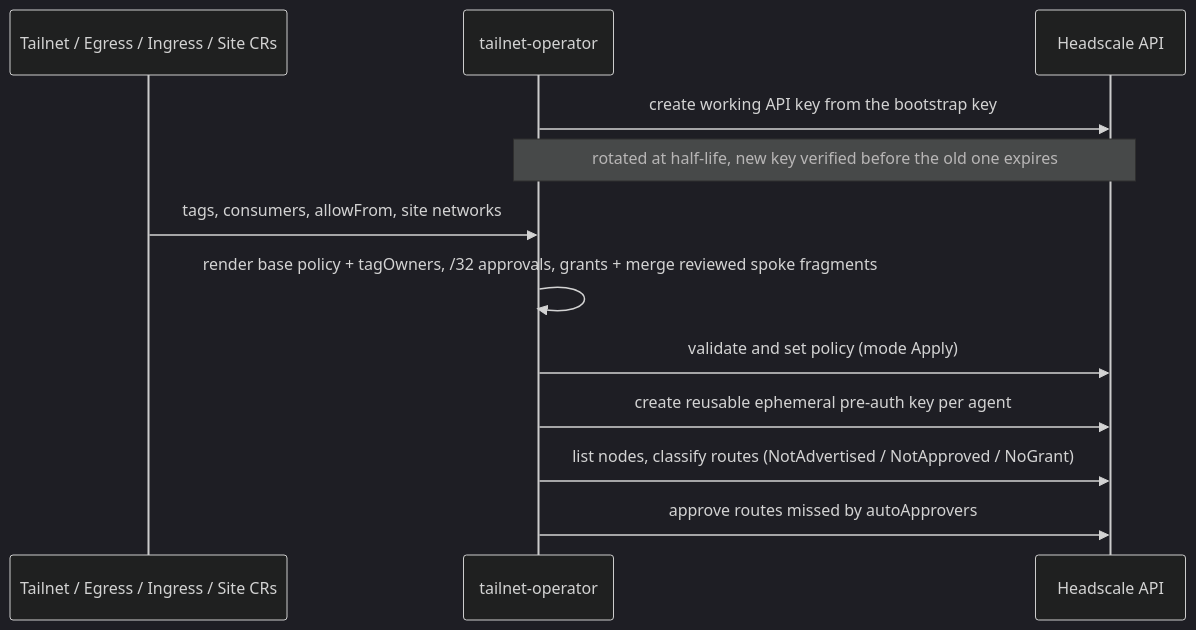
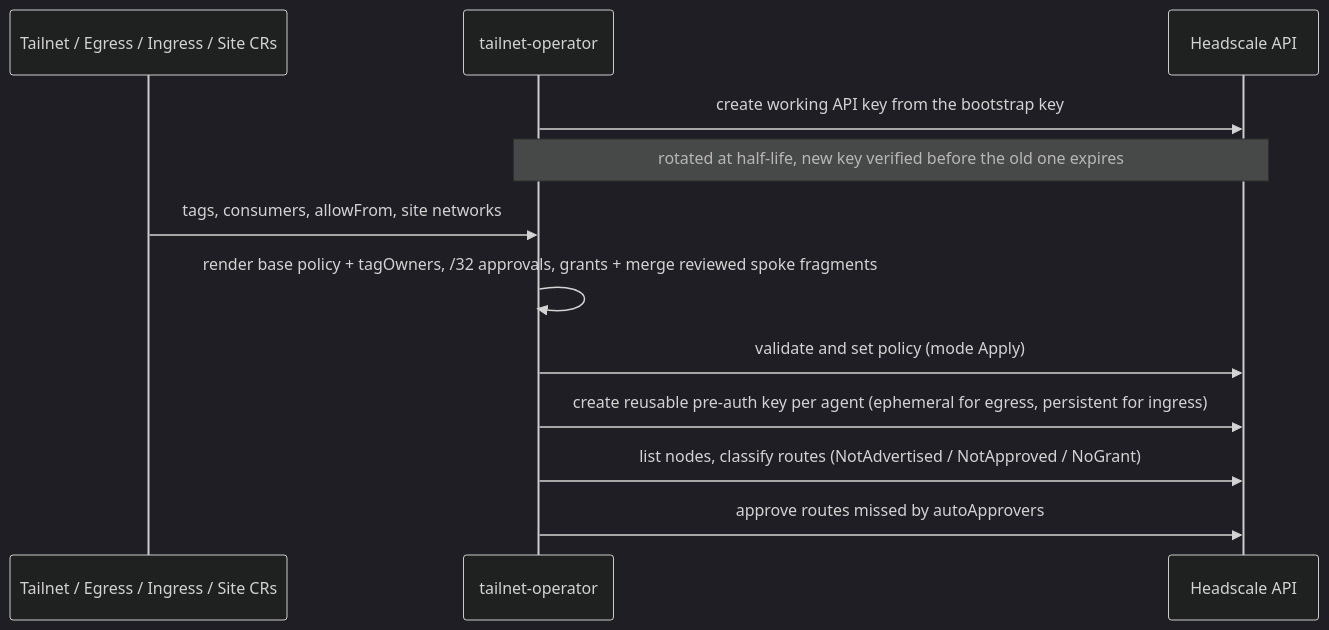
The fifth of 5 diagrams in docs/explanation/architecture.md (fff0x/tailnet-operator), drawn with Mermaid (dark theme) before and after one commit. The commit also changed other lines of this file and 26 other files, not shown here.

````diff
--- a/docs/explanation/architecture.md
+++ b/docs/explanation/architecture.md
@@ -122,14 +122,14 @@
 ```mermaid
 sequenceDiagram
   participant CR as Tailnet / Egress / Ingress / Site CRs
   participant Op as tailnet-operator
   participant HS as Headscale API
   Op->>HS: create working API key from the bootstrap key
   Note over Op,HS: rotated at half-life, new key verified before the old one expires
   CR->>Op: tags, consumers, allowFrom, site networks
   Op->>Op: render base policy + tagOwners, /32 approvals, grants + merge reviewed spoke fragments
   Op->>HS: validate and set policy (mode Apply)
-  Op->>HS: create reusable ephemeral pre-auth key per agent
+  Op->>HS: create reusable pre-auth key per agent (ephemeral for egress, persistent for ingress)
   Op->>HS: list nodes, classify routes (NotAdvertised / NotApproved / NoGrant)
   Op->>HS: approve routes missed by autoApprovers
 ```
````
